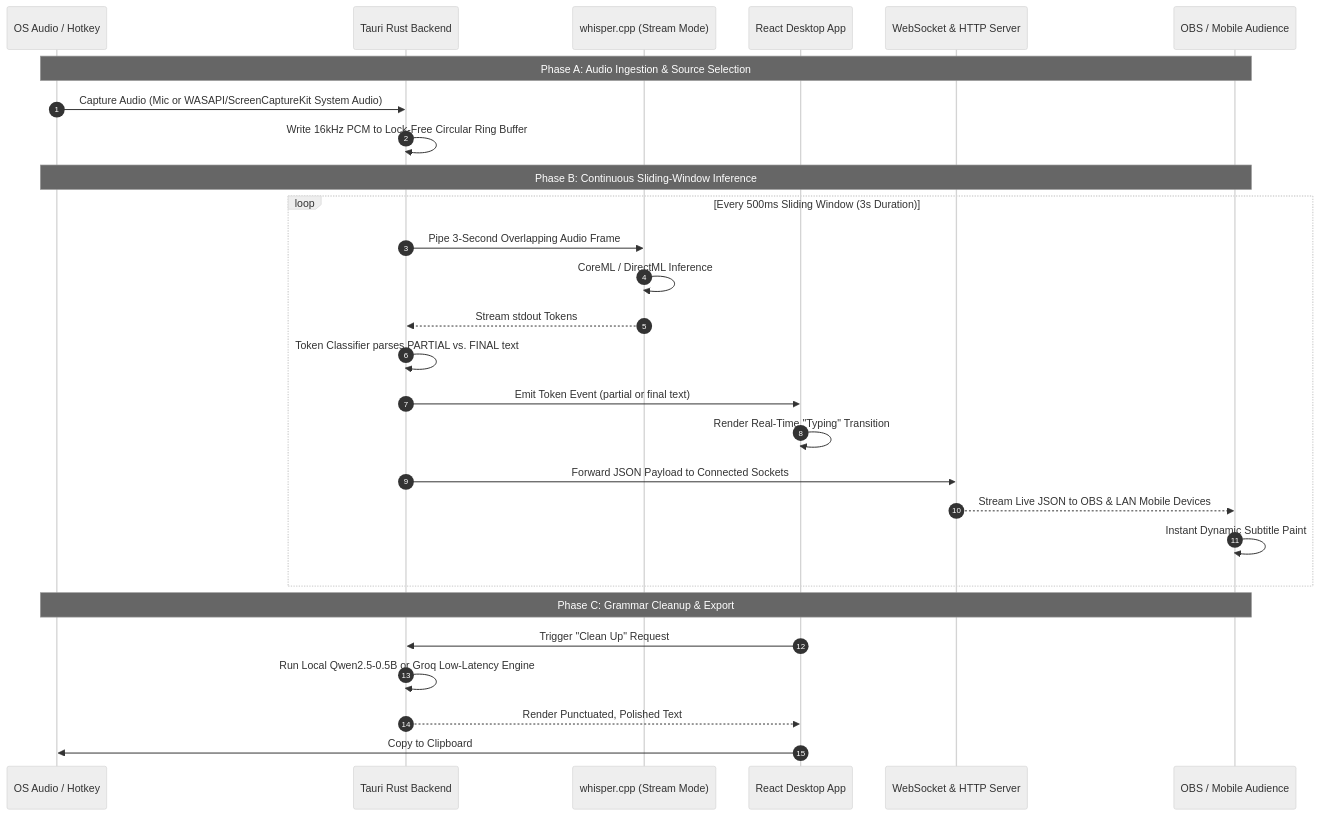
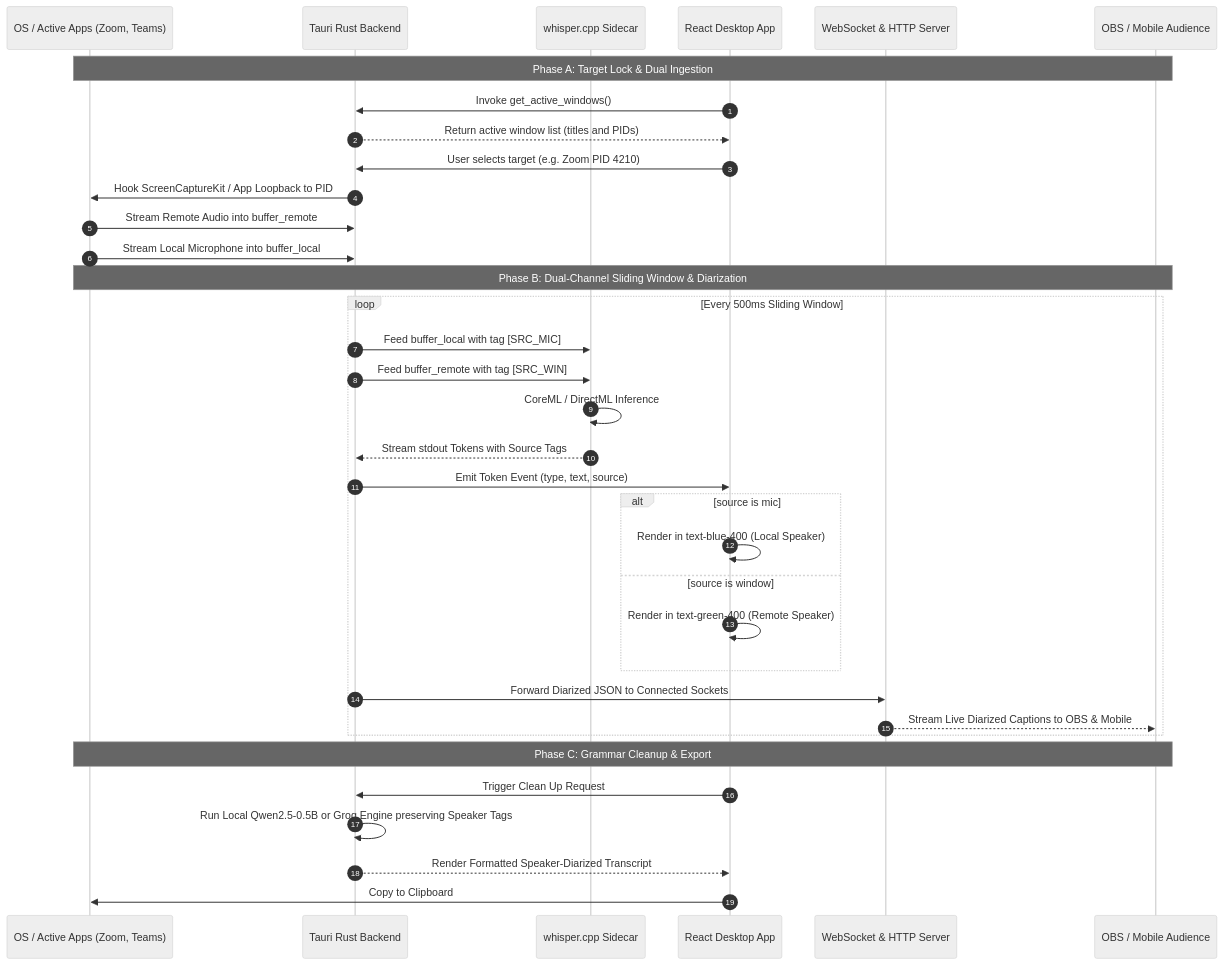
Before and after one commit to youknowme19/Team-Neaural_ninjas-Gopalan-: the second of 2 diagrams in README.md, drawn with Mermaid (neutral theme). The commit also changed other lines of this file, not shown here.

Commit message:
docs: add app-specific audio target lock and source-aware diarization (phases 10-11)

````diff
--- a/README.md
+++ b/README.md
@@ -156,33 +170,40 @@
 ```mermaid
 sequenceDiagram
     autonumber
-    participant HostOS as OS Audio / Hotkey
+    participant HostOS as OS / Active Apps (Zoom, Teams)
     participant Rust as Tauri Rust Backend
-    participant Whisper as whisper.cpp (Stream Mode)
+    participant Whisper as whisper.cpp Sidecar
     participant DesktopUI as React Desktop App
     participant Broadcaster as WebSocket & HTTP Server
     participant Audience as OBS / Mobile Audience
 
-    Note over HostOS,Audience: Phase A: Audio Ingestion & Source Selection
-    HostOS->>Rust: Capture Audio (Mic or WASAPI/ScreenCaptureKit System Audio)
-    Rust->>Rust: Write 16kHz PCM to Lock-Free Circular Ring Buffer
+    Note over HostOS,Audience: Phase A: Target Lock & Dual Ingestion
+    DesktopUI->>Rust: Invoke get_active_windows()
+    Rust-->>DesktopUI: Return active window list (titles and PIDs)
+    DesktopUI->>Rust: User selects target (e.g. Zoom PID 4210)
+    Rust->>HostOS: Hook ScreenCaptureKit / App Loopback to PID
+    HostOS->>Rust: Stream Remote Audio into buffer_remote
+    HostOS->>Rust: Stream Local Microphone into buffer_local
 
-    Note over HostOS,Audience: Phase B: Continuous Sliding-Window Inference
-    loop Every 500ms Sliding Window (3s Duration)
-        Rust->>Whisper: Pipe 3-Second Overlapping Audio Frame
+    Note over HostOS,Audience: Phase B: Dual-Channel Sliding Window & Diarization
+    loop Every 500ms Sliding Window
+        Rust->>Whisper: Feed buffer_local with tag [SRC_MIC]
+        Rust->>Whisper: Feed buffer_remote with tag [SRC_WIN]
         Whisper->>Whisper: CoreML / DirectML Inference
-        Whisper-->>Rust: Stream stdout Tokens
-        Rust->>Rust: Token Classifier parses PARTIAL vs. FINAL text
-        Rust->>DesktopUI: Emit Token Event (partial or final text)
-        DesktopUI->>DesktopUI: Render Real-Time "Typing" Transition
-        Rust->>Broadcaster: Forward JSON Payload to Connected Sockets
-        Broadcaster-->>Audience: Stream Live JSON to OBS & LAN Mobile Devices
-        Audience->>Audience: Instant Dynamic Subtitle Paint
+        Whisper-->>Rust: Stream stdout Tokens with Source Tags
+        Rust->>DesktopUI: Emit Token Event (type, text, source)
+        alt source is mic
+            DesktopUI->>DesktopUI: Render in text-blue-400 (Local Speaker)
+        else source is window
+            DesktopUI->>DesktopUI: Render in text-green-400 (Remote Speaker)
+        end
+        Rust->>Broadcaster: Forward Diarized JSON to Connected Sockets
+        Broadcaster-->>Audience: Stream Live Diarized Captions to OBS & Mobile
     end
 
     Note over HostOS,Audience: Phase C: Grammar Cleanup & Export
-    DesktopUI->>Rust: Trigger "Clean Up" Request
-    Rust->>Rust: Run Local Qwen2.5-0.5B or Groq Low-Latency Engine
-    Rust-->>DesktopUI: Render Punctuated, Polished Text
+    DesktopUI->>Rust: Trigger Clean Up Request
+    Rust->>Rust: Run Local Qwen2.5-0.5B or Groq Engine preserving Speaker Tags
+    Rust-->>DesktopUI: Render Formatted Speaker-Diarized Transcript
     DesktopUI->>HostOS: Copy to Clipboard
 ```
````
